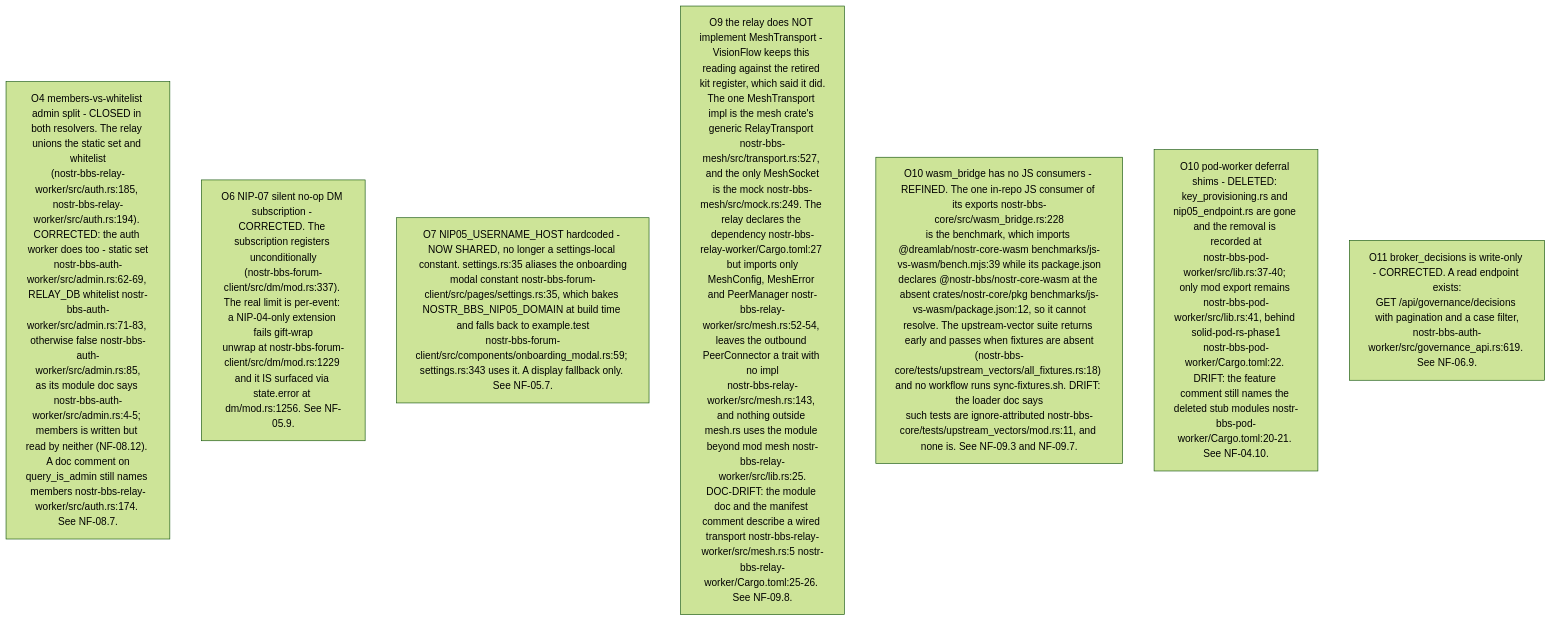
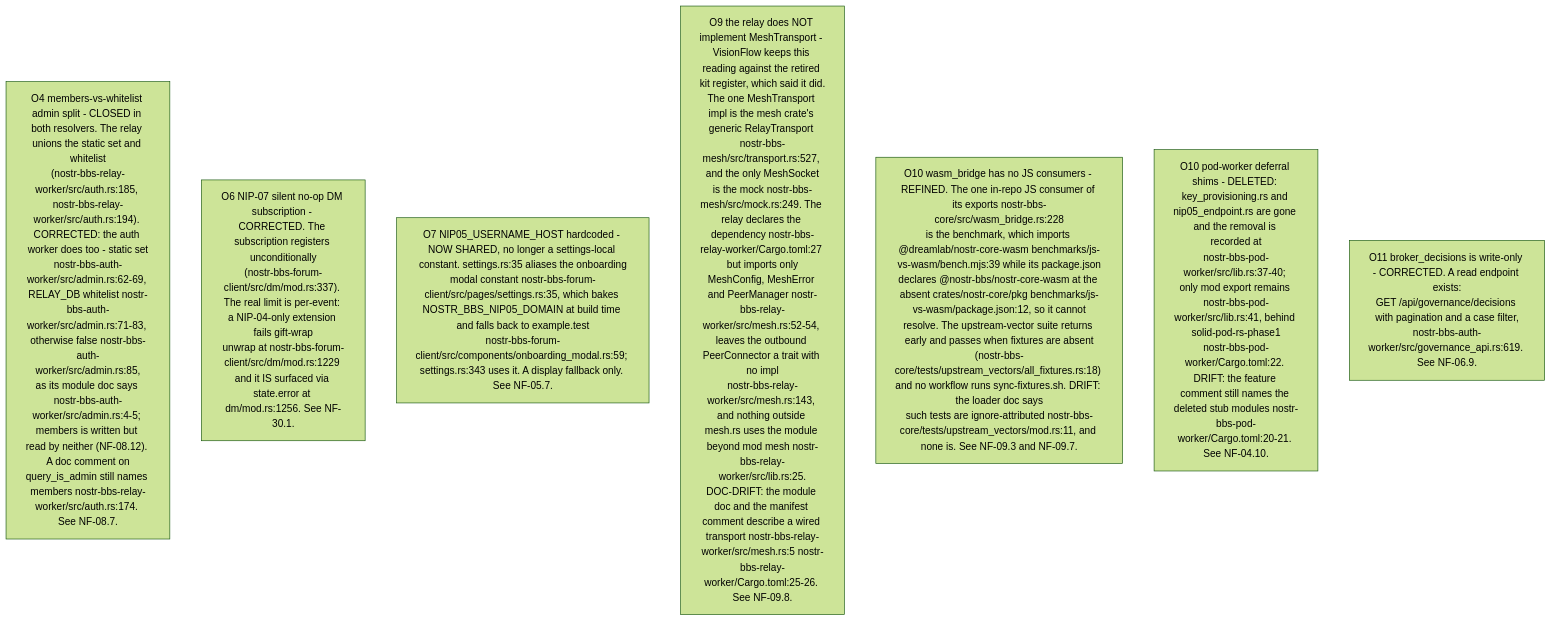
Before and after one commit to DreamLab-AI/VisionFlow: the fourth of 15 diagrams in docs/diagrams/nostr-rust-forum/10-invariants-and-anomaly-register.md, drawn with Mermaid (forest theme). The commit also changed other lines of this file and 6 other files, not shown here.

First line of the commit message:
docs(diagrams): split NF-05 into NF-05, NF-30 (messaging) and NF-31 (BBS, zones, push)

````diff
--- a/docs/diagrams/nostr-rust-forum/10-invariants-and-anomaly-register.md
+++ b/docs/diagrams/nostr-rust-forum/10-invariants-and-anomaly-register.md
@@ -173,10 +173,10 @@
 ```mermaid
 flowchart TB
     O4["O4 members-vs-whitelist admin split - CLOSED in both resolvers. The relay unions the static set and whitelist<br/>(nostr-bbs-relay-worker/src/auth.rs:185, nostr-bbs-relay-worker/src/auth.rs:194). CORRECTED: the auth worker does too - static set<br/>nostr-bbs-auth-worker/src/admin.rs:62-69, RELAY_DB whitelist nostr-bbs-auth-worker/src/admin.rs:71-83, otherwise false nostr-bbs-auth-worker/src/admin.rs:85,<br/>as its module doc says nostr-bbs-auth-worker/src/admin.rs:4-5; members is written but read by neither (NF-08.12). A doc comment on<br/>query_is_admin still names members nostr-bbs-relay-worker/src/auth.rs:174. See NF-08.7."]
-    O6["O6 NIP-07 silent no-op DM subscription - CORRECTED. The subscription registers unconditionally<br/>(nostr-bbs-forum-client/src/dm/mod.rs:337). The real limit is per-event: a NIP-04-only extension fails gift-wrap<br/>unwrap at nostr-bbs-forum-client/src/dm/mod.rs:1229 and it IS surfaced via state.error at dm/mod.rs:1256. See NF-05.9."]
+    O6["O6 NIP-07 silent no-op DM subscription - CORRECTED. The subscription registers unconditionally<br/>(nostr-bbs-forum-client/src/dm/mod.rs:337). The real limit is per-event: a NIP-04-only extension fails gift-wrap<br/>unwrap at nostr-bbs-forum-client/src/dm/mod.rs:1229 and it IS surfaced via state.error at dm/mod.rs:1256. See NF-30.1."]
     O7["O7 NIP05_USERNAME_HOST hardcoded - NOW SHARED, no longer a settings-local constant. settings.rs:35 aliases the onboarding<br/>modal constant nostr-bbs-forum-client/src/pages/settings.rs:35, which bakes NOSTR_BBS_NIP05_DOMAIN at build time and falls back to example.test<br/>nostr-bbs-forum-client/src/components/onboarding_modal.rs:59; settings.rs:343 uses it. A display fallback only. See NF-05.7."]
     O9["O9 the relay does NOT implement MeshTransport - VisionFlow keeps this reading against the retired kit register, which said it did.<br/>The one MeshTransport impl is the mesh crate's generic RelayTransport nostr-bbs-mesh/src/transport.rs:527, and the only MeshSocket<br/>is the mock nostr-bbs-mesh/src/mock.rs:249. The relay declares the dependency nostr-bbs-relay-worker/Cargo.toml:27 but imports only<br/>MeshConfig, MeshError and PeerManager nostr-bbs-relay-worker/src/mesh.rs:52-54, leaves the outbound PeerConnector a trait with no impl<br/>nostr-bbs-relay-worker/src/mesh.rs:143, and nothing outside mesh.rs uses the module beyond mod mesh nostr-bbs-relay-worker/src/lib.rs:25.<br/>DOC-DRIFT: the module doc and the manifest comment describe a wired transport nostr-bbs-relay-worker/src/mesh.rs:5 nostr-bbs-relay-worker/Cargo.toml:25-26. See NF-09.8."]
     O10["O10 wasm_bridge has no JS consumers - REFINED. The one in-repo JS consumer of its exports nostr-bbs-core/src/wasm_bridge.rs:228<br/>is the benchmark, which imports @dreamlab/nostr-core-wasm benchmarks/js-vs-wasm/bench.mjs:39 while its package.json<br/>declares @nostr-bbs/nostr-core-wasm at the absent crates/nostr-core/pkg benchmarks/js-vs-wasm/package.json:12, so it cannot<br/>resolve. The upstream-vector suite returns early and passes when fixtures are absent<br/>(nostr-bbs-core/tests/upstream_vectors/all_fixtures.rs:18) and no workflow runs sync-fixtures.sh. DRIFT: the loader doc says<br/>such tests are ignore-attributed nostr-bbs-core/tests/upstream_vectors/mod.rs:11, and none is. See NF-09.3 and NF-09.7."]
     O10b["O10 pod-worker deferral shims - DELETED: key_provisioning.rs and nip05_endpoint.rs are gone and the removal is recorded at<br/>nostr-bbs-pod-worker/src/lib.rs:37-40; only mod export remains nostr-bbs-pod-worker/src/lib.rs:41, behind solid-pod-rs-phase1<br/>nostr-bbs-pod-worker/Cargo.toml:22. DRIFT: the feature comment still names the deleted stub modules nostr-bbs-pod-worker/Cargo.toml:20-21. See NF-04.10."]
     O11c["O11 broker_decisions is write-only - CORRECTED. A read endpoint exists:<br/>GET /api/governance/decisions with pagination and a case filter,<br/>nostr-bbs-auth-worker/src/governance_api.rs:619. See NF-06.9."]
 ```
````
